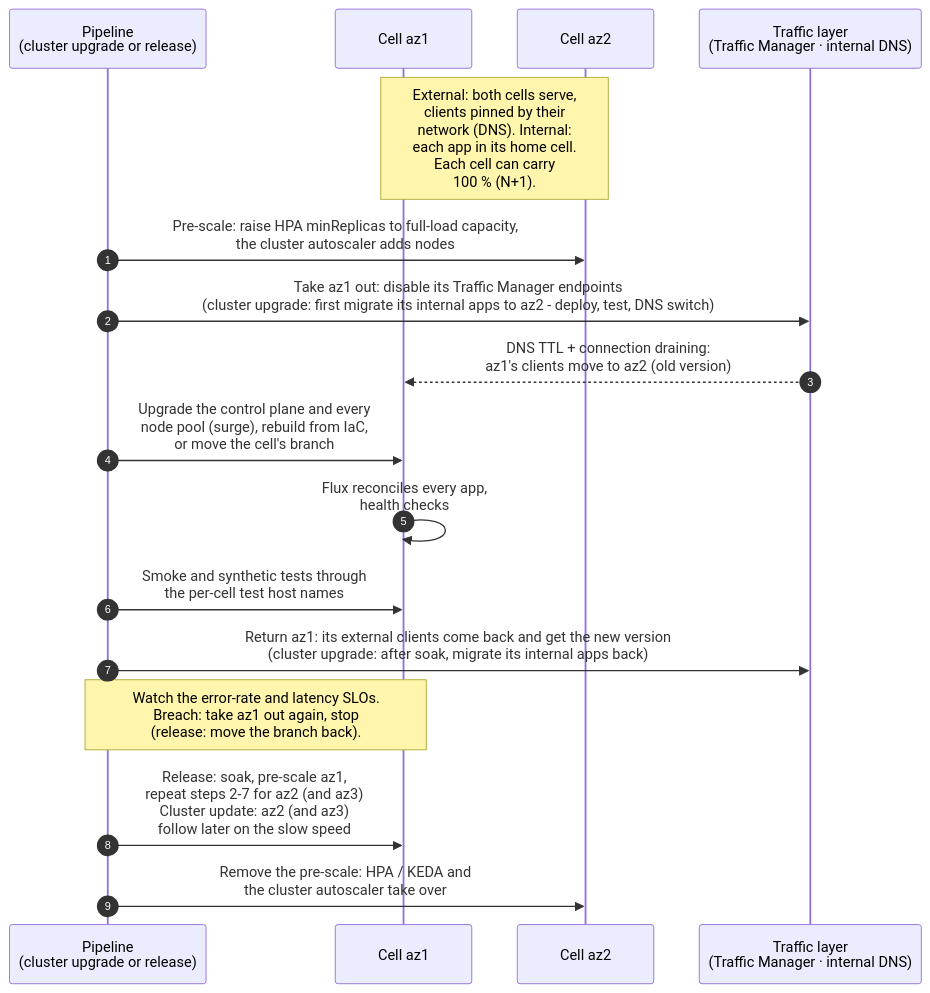
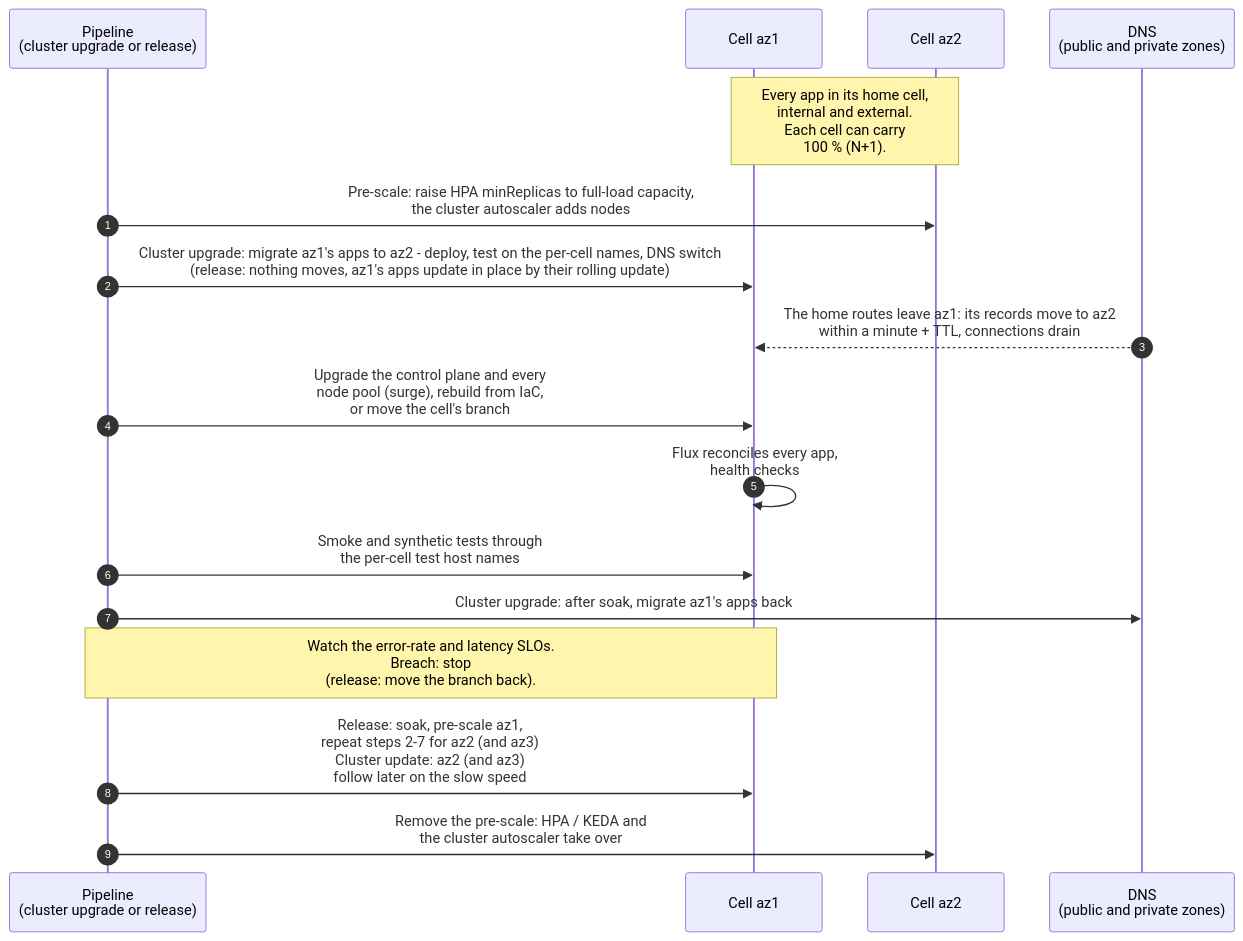
Before and after one commit to onek8s/onek8s.github.io: the diagram in diagrams/3.5-stateless-upgrade.mmd, drawn with Mermaid. The commit also changed 54 other files, not shown here.

First line of the commit message:
v5.0: App Routing only, managed DNS, no Traffic Manager (requirements 0.3 adjusted) (#130)

```diff
--- a/diagrams/3.5-stateless-upgrade.mmd
+++ b/diagrams/3.5-stateless-upgrade.mmd
@@ -1,19 +1,19 @@
-%% Zero-downtime change of the cells (stateless clusters): one cell at a time is drained from the traffic layer,
-%% changed (cluster upgrade, rebuild or application release), verified and put back. Same pipeline in dev, acc, prd.
+%% Zero-downtime change of the cells (stateless clusters): one cell at a time, its applications migrated out for a
+%% cluster upgrade or rebuild, updated in place for a release, verified, then the next cell. Same pipeline in dev, acc, prd.
 sequenceDiagram
     autonumber
     participant P as Pipeline<br/>(cluster upgrade or release)
     participant A as Cell az1
     participant B as Cell az2
-    participant T as Traffic layer<br/>(Traffic Manager · internal DNS)
-    Note over A,B: External: both cells serve,<br/>clients pinned by their<br/>network (DNS). Internal:<br/>each app in its home cell.<br/>Each cell can carry<br/>100 % (N+1).
+    participant T as DNS<br/>(public and private zones)
+    Note over A,B: Every app in its home cell,<br/>internal and external.<br/>Each cell can carry<br/>100 % (N+1).
     P->>B: Pre-scale: raise HPA minReplicas to full-load capacity,<br/>the cluster autoscaler adds nodes
-    P->>T: Take az1 out: disable its Traffic Manager endpoints<br/>(cluster upgrade: first migrate its internal apps to az2 - deploy, test, DNS switch)
-    T-->>A: DNS TTL + connection draining:<br/>az1's clients move to az2 (old version)
+    P->>A: Cluster upgrade: migrate az1's apps to az2 - deploy, test on the per-cell names, DNS switch<br/>(release: nothing moves, az1's apps update in place by their rolling update)
+    T-->>A: The home routes leave az1: its records move to az2<br/>within a minute + TTL, connections drain
     P->>A: Upgrade the control plane and every<br/>node pool (surge), rebuild from IaC,<br/>or move the cell's branch
     A->>A: Flux reconciles every app,<br/>health checks
     P->>A: Smoke and synthetic tests through<br/>the per-cell test host names
-    P->>T: Return az1: its external clients come back and get the new version<br/>(cluster upgrade: after soak, migrate its internal apps back)
-    Note over P,A: Watch the error-rate and latency SLOs.<br/>Breach: take az1 out again, stop<br/>(release: move the branch back).
+    P->>T: Cluster upgrade: after soak, migrate az1's apps back
+    Note over P,A: Watch the error-rate and latency SLOs.<br/>Breach: stop<br/>(release: move the branch back).
     P->>A: Release: soak, pre-scale az1,<br/>repeat steps 2-7 for az2 (and az3)<br/>Cluster update: az2 (and az3)<br/>follow later on the slow speed
     P->>B: Remove the pre-scale: HPA / KEDA and<br/>the cluster autoscaler take over
```
